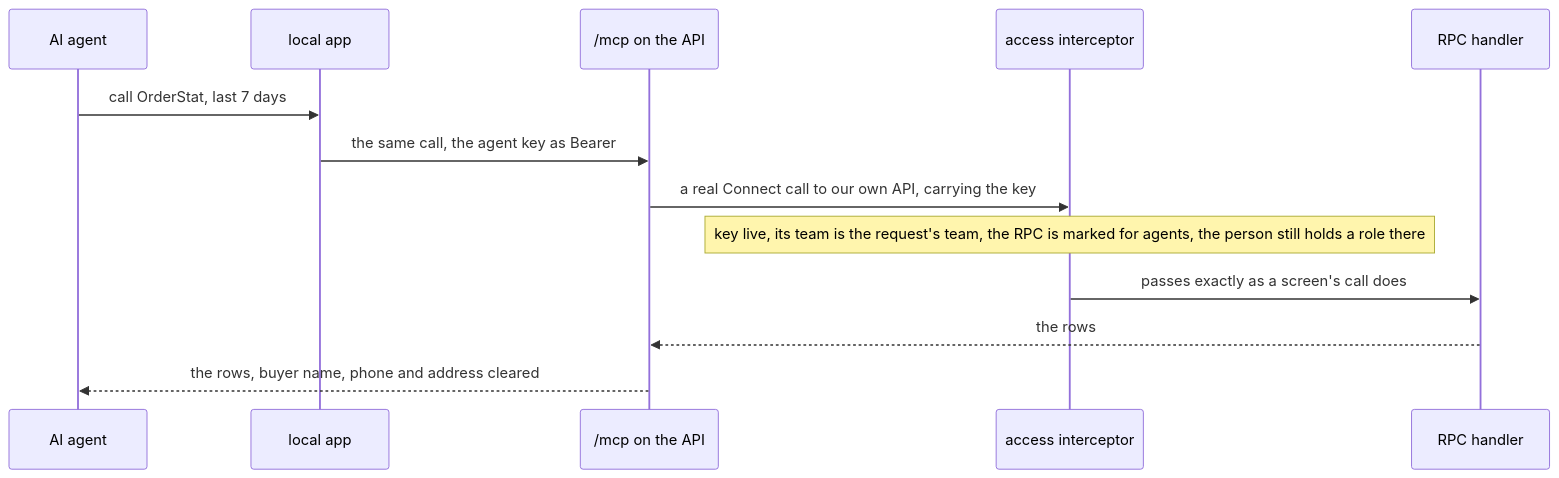
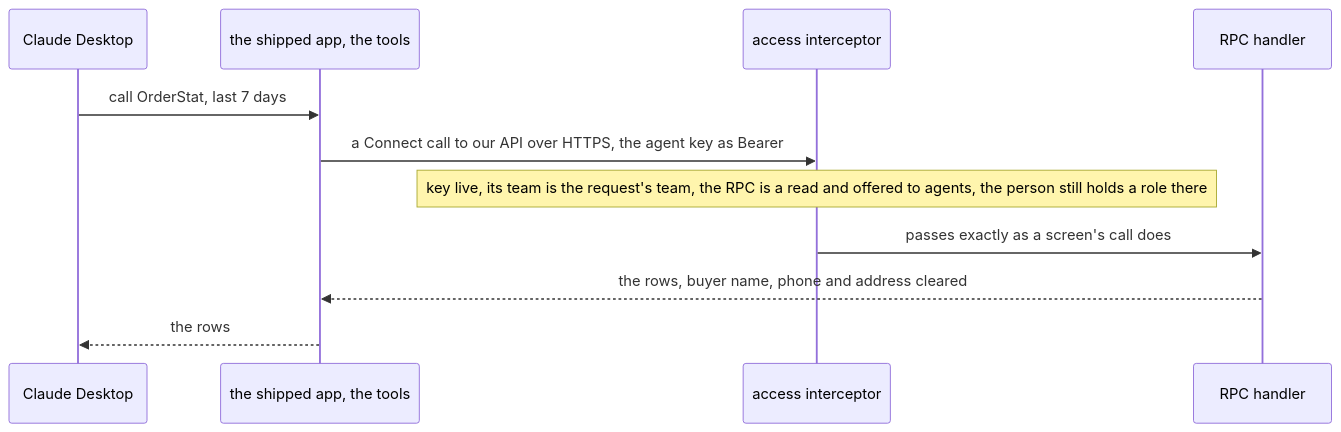
One commit to pdcgo/warehouse_revamp changed the fourth of 7 diagrams in docs/business/mcp/context_clarify.md. Above: the diagram before and after it, drawn with Mermaid. The commit also changed other lines of this file and 3 other files, not shown here.

First line of the commit message:
mcp: record Q2 - the tools in the shipped app, ChatGPT and Claude - and the conflict between them

````diff
--- a/docs/business/mcp/context_clarify.md
+++ b/docs/business/mcp/context_clarify.md
@@ -101,15 +134,13 @@
 ```mermaid
 sequenceDiagram
-  participant A as AI agent
-  participant L as local app
-  participant M as /mcp on the API
+  participant A as Claude Desktop
+  participant L as the shipped app, the tools
   participant I as access interceptor
   participant H as RPC handler
   A->>L: call OrderStat, last 7 days
-  L->>M: the same call, the agent key as Bearer
-  M->>I: a real Connect call to our own API, carrying the key
-  Note over I: key live, its team is the request's team, the RPC is marked for agents, the person still holds a role there
+  L->>I: a Connect call to our API over HTTPS, the agent key as Bearer
+  Note over I: key live, its team is the request's team, the RPC is a read and offered to agents, the person still holds a role there
   I->>H: passes exactly as a screen's call does
-  H-->>M: the rows
-  M-->>A: the rows, buyer name, phone and address cleared
+  H-->>L: the rows, buyer name, phone and address cleared
+  L-->>A: the rows
 ```
````
